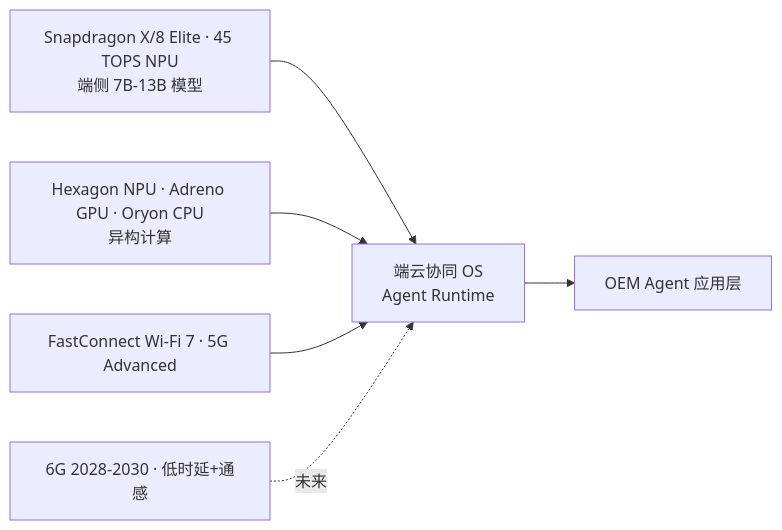
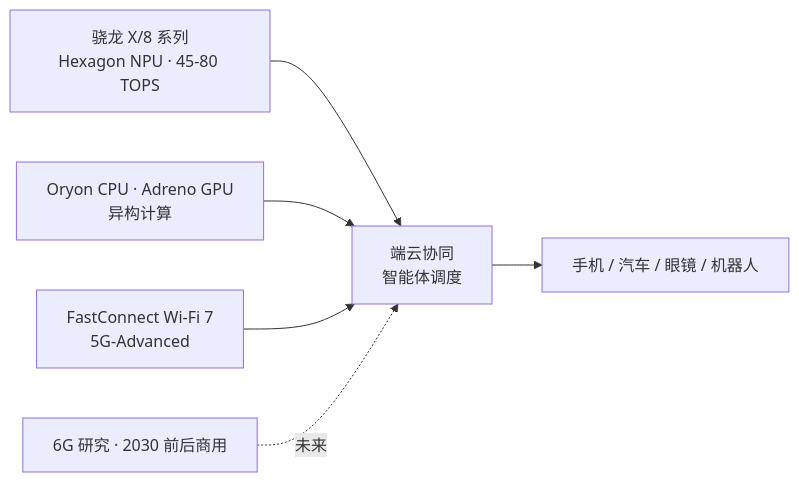
One commit to A1pha3/text-matrix changed the diagram in content/posts/video/qualcomm-on-device-ai-physical-ai-6g-2026.md. Above: the diagram before and after it, drawn with Mermaid. The commit also changed other lines of this file and 227 other files, not shown here.

````diff
--- a/content/posts/video/qualcomm-on-device-ai-physical-ai-6g-2026.md
+++ b/content/posts/video/qualcomm-on-device-ai-physical-ai-6g-2026.md
@@ -38,8 +34,8 @@
 ```mermaid
 flowchart LR
-  A[Snapdragon X/8 Elite · 45 TOPS NPU<br>端侧 7B-13B 模型] --> E[端云协同 OS<br>Agent Runtime]
-  N[Hexagon NPU · Adreno GPU · Oryon CPU<br>异构计算] --> E
-  H[FastConnect Wi-Fi 7 · 5G Advanced] --> E
-  G[6G 2028-2030 · 低时延+通感] -.未来.-> E
-  E --> F[OEM Agent 应用层]
+  A[骁龙 X/8 系列<br>Hexagon NPU · 45-80 TOPS] --> E[端云协同<br>智能体调度]
+  N[Oryon CPU · Adreno GPU<br>异构计算] --> E
+  H[FastConnect Wi-Fi 7<br>5G-Advanced] --> E
+  G[6G 研究 · 2030 前后商用] -.未来.-> E
+  E --> F[手机 / 汽车 / 眼镜 / 机器人]
 ```
````
